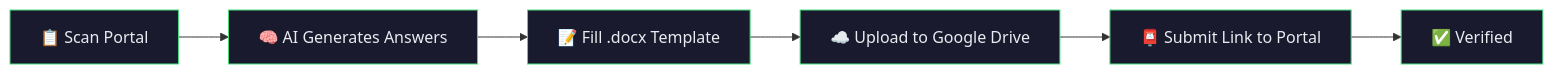
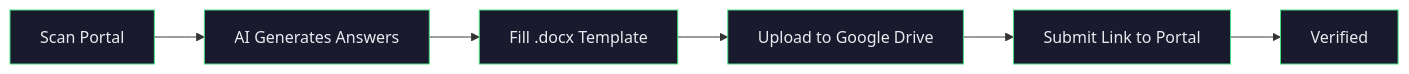
Before and after one commit to StealthTensor/Quill: the diagram in README.md, drawn with Mermaid. The commit also changed other lines of this file and 1 other file, not shown here.

````diff
--- a/README.md
+++ b/README.md
@@ -112,15 +111,15 @@
 ```mermaid
 graph LR
-    A["📋 Scan Portal"] --> B["🧠 AI Generates Answers"]
-    B --> C["📝 Fill .docx Template"]
-    C --> D["☁️ Upload to Google Drive"]
-    D --> E["📮 Submit Link to Portal"]
-    E --> F["✅ Verified"]
+    A["Scan Portal"] --> B["AI Generates Answers"]
+    B --> C["Fill .docx Template"]
+    C --> D["Upload to Google Drive"]
+    D --> E["Submit Link to Portal"]
+    E --> F["Verified"]
 
     style A fill:#1a1a2e,stroke:#4ade80,color:#e8ebef
     style B fill:#1a1a2e,stroke:#4ade80,color:#e8ebef
     style C fill:#1a1a2e,stroke:#4ade80,color:#e8ebef
     style D fill:#1a1a2e,stroke:#4ade80,color:#e8ebef
     style E fill:#1a1a2e,stroke:#4ade80,color:#e8ebef
     style F fill:#1a1a2e,stroke:#4ade80,color:#e8ebef
 ```
````
